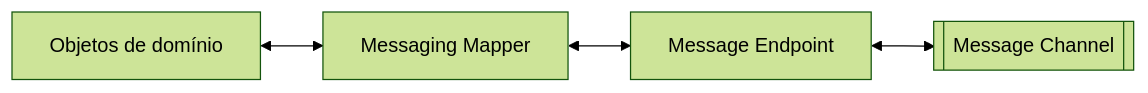
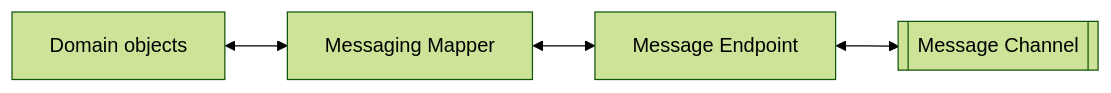
One commit to alancesar/design-patterns changed the diagram in docs/architecture/eip/messaging-endpoints/messaging-mapper.md. Above: the diagram before and after it, drawn with Mermaid (forest theme). The commit also changed 258 other files, not shown here.

First line of the commit message:
Translate Mermaid diagrams to English

````diff
--- a/docs/architecture/eip/messaging-endpoints/messaging-mapper.md
+++ b/docs/architecture/eip/messaging-endpoints/messaging-mapper.md
@@ -50,6 +50,6 @@
 ```mermaid
 flowchart LR
-    D["Objetos de domínio"] <--> M["Messaging Mapper"]
+    D["Domain objects"] <--> M["Messaging Mapper"]
     M <--> E["Message Endpoint"]
     E <--> C[["Message Channel"]]
 ```
````
